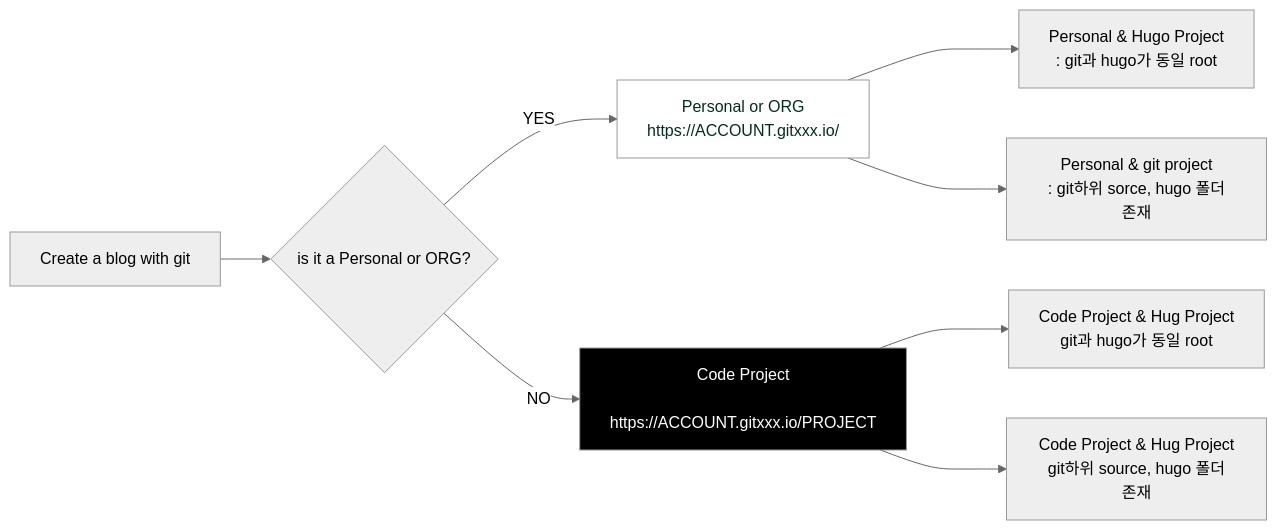
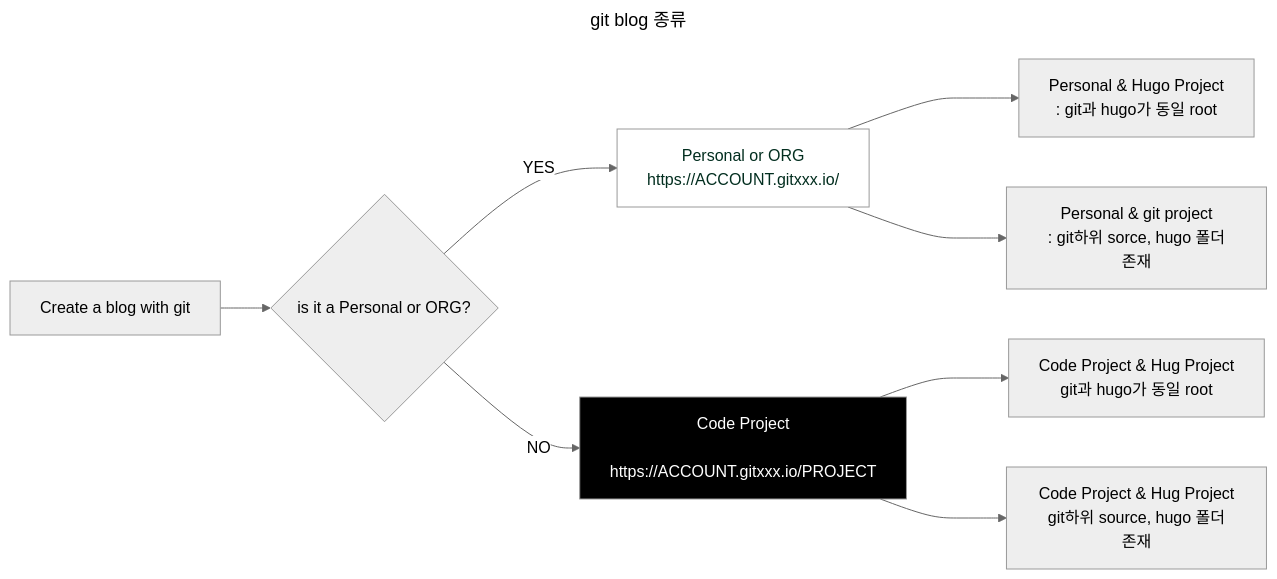
One commit to smjune/smjune.github.io changed the first of 2 diagrams in readme.md. Above: the diagram before and after it, drawn with Mermaid (neutral theme). The commit also changed other lines of this file, not shown here.

Commit message:
add title on meraid

````diff
--- a/readme.md
+++ b/readme.md
@@ -7,15 +7,18 @@
 ```mermaid
+---
+title: git blog 종류
+---
   flowchart LR;
       A[Create a blog with git]-->B{is it a Personal or ORG?};      
       classDef white color:#022e1f,fill:#fff;
       classDef black color:#fff,fill:#000;
       
       B--YES-->C["Personal or ORG\n https://ACCOUNT.gitxxx.io/"]:::white;
       C--->E["Personal & Hugo Project\n : git과 hugo가 동일 root"]; 
       C--->F["Personal & git project\n : git하위 sorce, hugo 폴더 존재"];
       
       B--NO-->D["Code Project\n https://ACCOUNT.gitxxx.io/PROJECT"]:::black;
       D--->G["Code Project & Hug Project\n git과 hugo가 동일 root"]; 
       D--->H["Code Project & Hug Project\n git하위 source, hugo 폴더 존재"];
   
 ```
````
